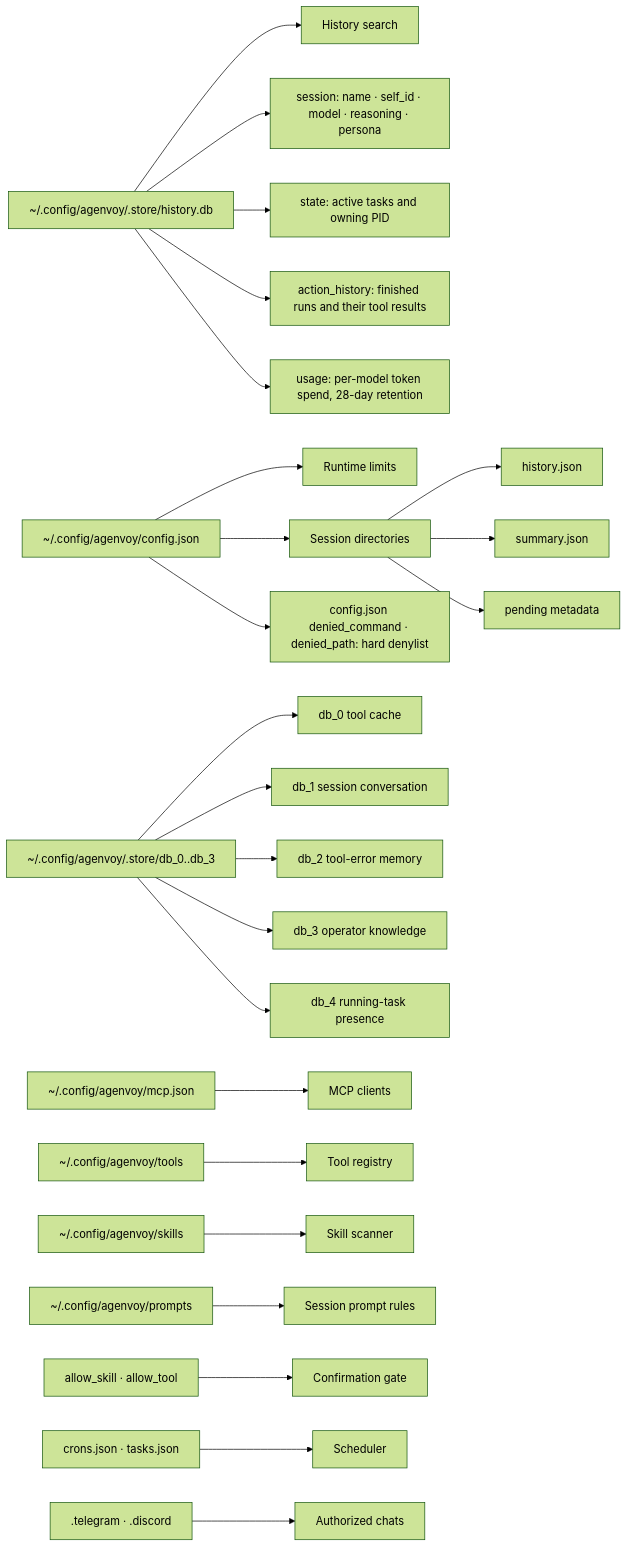
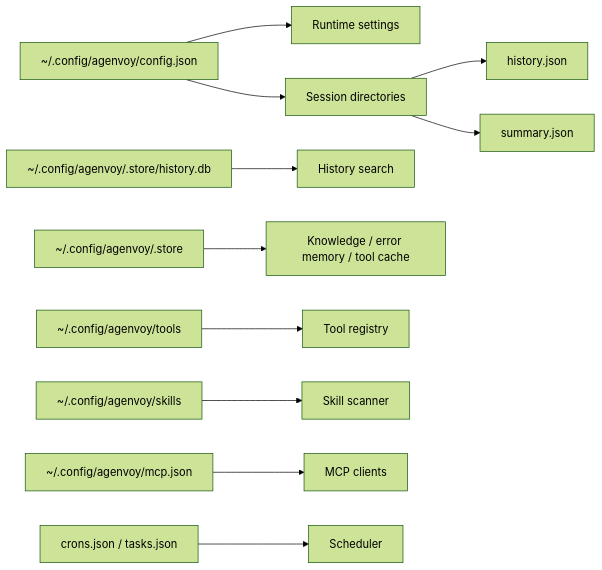
One commit to agenvoy/Agenvoy changed the ninth of 9 diagrams in doc/architecture.md. Above: the diagram before and after it, drawn with Mermaid (forest theme). The commit also changed other lines of this file and 5 other files, not shown here.

````diff
--- a/doc/architecture.md
+++ b/doc/architecture.md
@@ -289,26 +176,13 @@
 ```mermaid
 flowchart LR
-    Config[~/.config/agenvoy/config.json] --> Limits[Runtime limits]
+    Config[~/.config/agenvoy/config.json] --> Runtime[Runtime settings]
     Config --> Sessions[Session directories]
     Sessions --> History[history.json]
     Sessions --> Summary[summary.json]
-    Sessions --> Pending[pending metadata]
     SQLite[~/.config/agenvoy/.store/history.db] --> Search[History search]
-    SQLite --> SessionRow[session: name · self_id · model · reasoning · persona]
-    SQLite --> StateRow[state: active tasks and owning PID]
-    SQLite --> ActionRow[action_history: finished runs and their tool results]
-    SQLite --> UsageRow[usage: per-model token spend, 28-day retention]
-    Torii[~/.config/agenvoy/.store/db_0..db_3] --> ToolCache[db_0 tool cache]
-    Torii --> SessionHist[db_1 session conversation]
-    Torii --> ErrorMemory[db_2 tool-error memory]
-    Torii --> Knowledge[db_3 operator knowledge]
-    Torii --> Online[db_4 running-task presence]
-    MCP[~/.config/agenvoy/mcp.json] --> MCPClients[MCP clients]
+    Store[~/.config/agenvoy/.store] --> Knowledge[Knowledge / error memory / tool cache]
     Tools[~/.config/agenvoy/tools] --> Registry[Tool registry]
     Skills[~/.config/agenvoy/skills] --> Scanner[Skill scanner]
-    Prompts[~/.config/agenvoy/prompts] --> Rules[Session prompt rules]
-    Allow[allow_skill · allow_tool] --> Gate[Confirmation gate]
-    Config --> CmdDeny[config.json denied_command · denied_path: hard denylist]
-    Schedule[crons.json · tasks.json] --> Scheduler[Scheduler]
-    Auth[.telegram · .discord] --> Channels[Authorized chats]
+    MCP[~/.config/agenvoy/mcp.json] --> MCPClient[MCP clients]
+    Schedules[crons.json / tasks.json] --> Scheduler[Scheduler]
 ```
````
